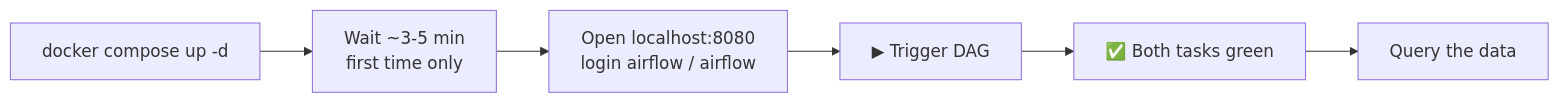
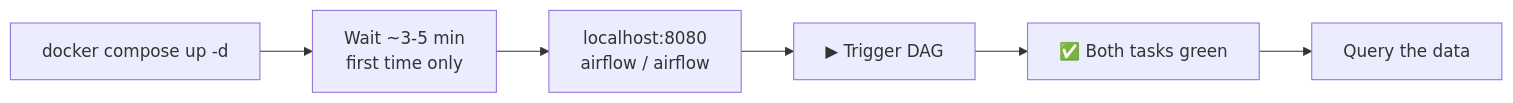
One commit to kazuma761/Stock-market changed the third of 5 diagrams in README.md. Above: the diagram before and after it, drawn with Mermaid. The commit also changed other lines of this file and 14 other files, not shown here.

````diff
--- a/README.md
+++ b/README.md
@@ -102,8 +198,8 @@
 ```mermaid
 flowchart LR
     A["docker compose up -d"] --> B["Wait ~3-5 min<br/>first time only"]
-    B --> C["Open localhost:8080<br/>login airflow / airflow"]
+    B --> C["localhost:8080<br/>airflow / airflow"]
     C --> D["▶ Trigger DAG"]
     D --> E["✅ Both tasks green"]
     E --> F["Query the data"]
 ```
````
